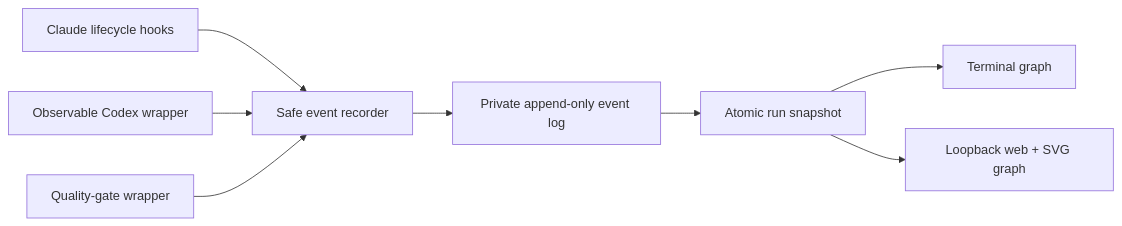
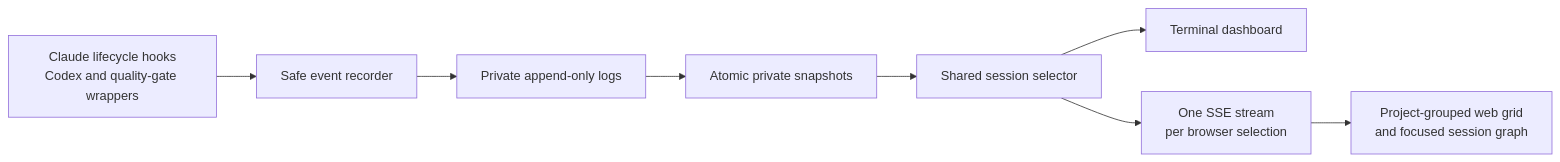
Before and after one commit to woongjaejung/claudex5-engineering-harness: the third of 3 diagrams in README.md, drawn with Mermaid. The commit also changed other lines of this file and 4 other files, not shown here.

````diff
--- a/README.md
+++ b/README.md
@@ -214,10 +214,10 @@
 ```mermaid
 flowchart LR
-    CH["Claude lifecycle hooks"] --> R["Safe event recorder"]
-    CX["Observable Codex wrapper"] --> R
-    QG["Quality-gate wrapper"] --> R
-    R --> EL["Private append-only event log"]
-    EL --> SS["Atomic run snapshot"]
-    SS --> TV["Terminal graph"]
-    SS --> WV["Loopback web + SVG graph"]
+    H["Claude lifecycle hooks<br/>Codex and quality-gate wrappers"] --> R["Safe event recorder"]
+    R --> L["Private append-only logs"]
+    L --> S["Atomic private snapshots"]
+    S --> X["Shared session selector"]
+    X --> T["Terminal dashboard"]
+    X --> E["One SSE stream<br/>per browser selection"]
+    E --> G["Project-grouped web grid<br/>and focused session graph"]
 ```
````
